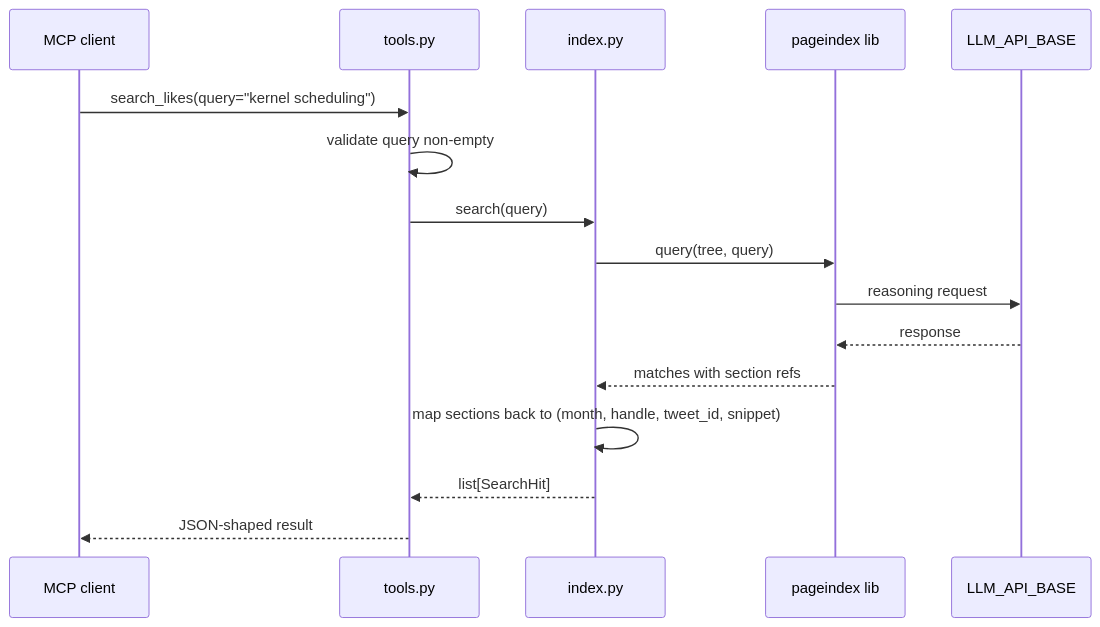
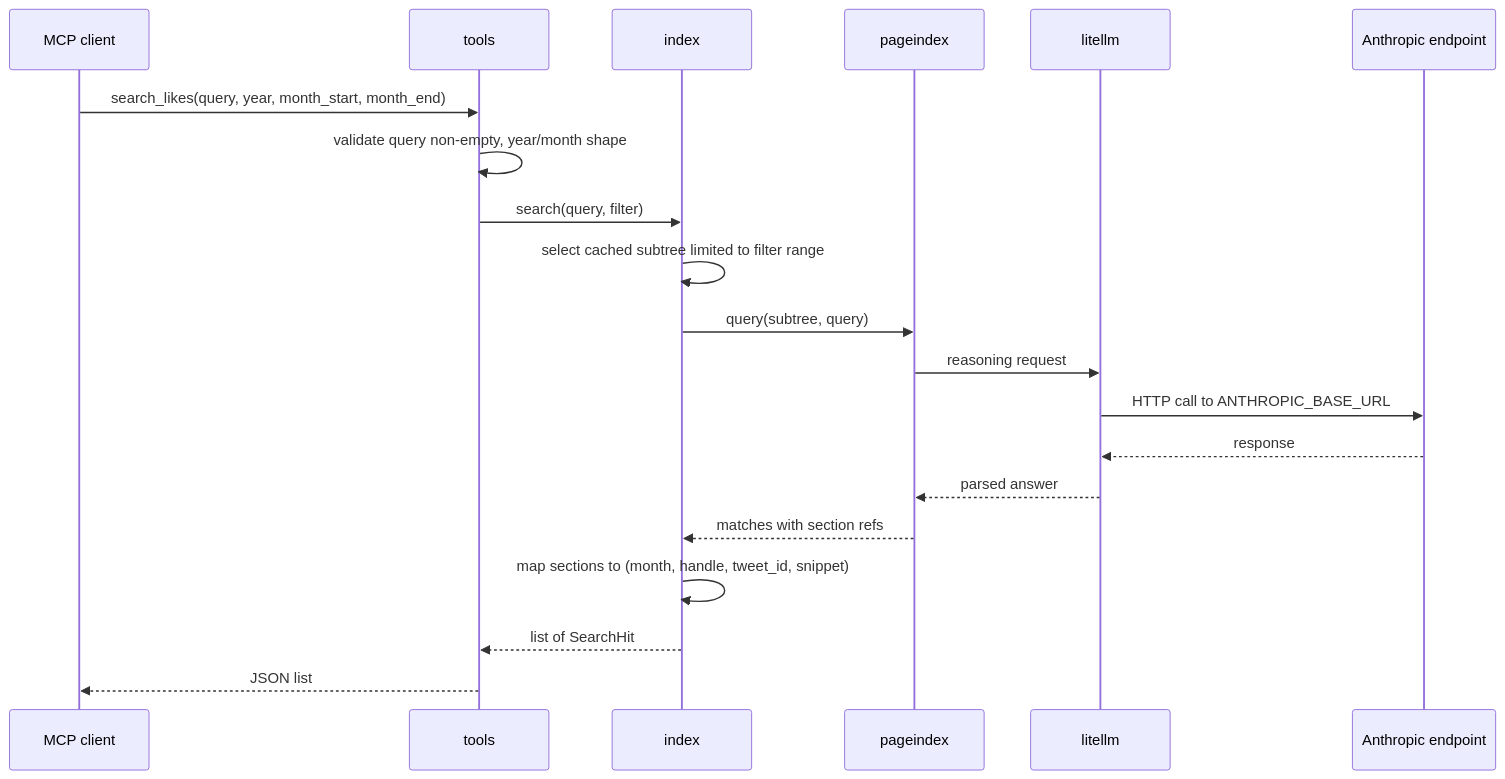
Before and after one commit to norandom/x_likes_scraper: the third of 3 diagrams in .kiro/specs/mcp-pageindex/design.md, drawn with Mermaid. The commit also changed other lines of this file and 3 other files, not shown here.

First line of the commit message:
docs(mcp-pageindex): align spec with Anthropic LiteLLM endpoint and structured filter

````diff
--- a/.kiro/specs/mcp-pageindex/design.md
+++ b/.kiro/specs/mcp-pageindex/design.md
@@ -225,19 +252,23 @@
 ```mermaid
 sequenceDiagram
     participant Client as MCP client
-    participant Tools as tools.py
-    participant Index as index.py
-    participant PageIndex as pageindex lib
-    participant LLM as LLM_API_BASE
+    participant Tools as tools
+    participant Index as index
+    participant PageIndex as pageindex
+    participant LiteLLM as litellm
+    participant LLM as Anthropic endpoint
 
-    Client->>Tools: search_likes(query="kernel scheduling")
-    Tools->>Tools: validate query non-empty
-    Tools->>Index: search(query)
-    Index->>PageIndex: query(tree, query)
-    PageIndex->>LLM: reasoning request
-    LLM-->>PageIndex: response
+    Client->>Tools: search_likes(query, year, month_start, month_end)
+    Tools->>Tools: validate query non-empty, year/month shape
+    Tools->>Index: search(query, filter)
+    Index->>Index: select cached subtree limited to filter range
+    Index->>PageIndex: query(subtree, query)
+    PageIndex->>LiteLLM: reasoning request
+    LiteLLM->>LLM: HTTP call to ANTHROPIC_BASE_URL
+    LLM-->>LiteLLM: response
+    LiteLLM-->>PageIndex: parsed answer
     PageIndex-->>Index: matches with section refs
-    Index->>Index: map sections back to (month, handle, tweet_id, snippet)
-    Index-->>Tools: list[SearchHit]
-    Tools-->>Client: JSON-shaped result
+    Index->>Index: map sections to (month, handle, tweet_id, snippet)
+    Index-->>Tools: list of SearchHit
+    Tools-->>Client: JSON list
 ```
````
